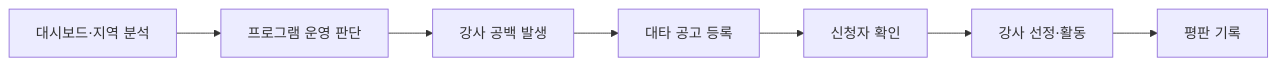
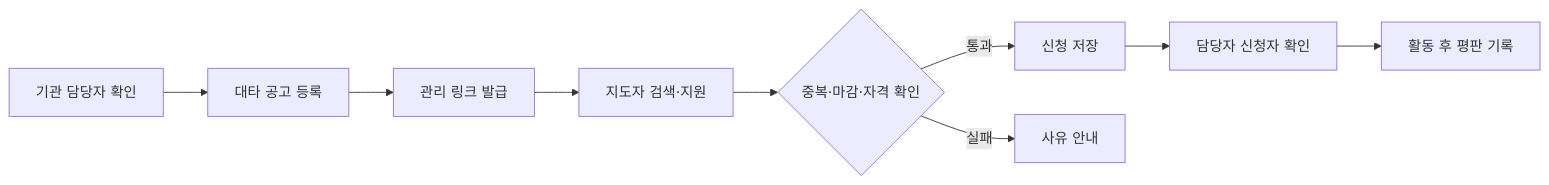
Before and after one commit to Leesannn/SportsCompass: the sixth of 7 diagrams in README.md, drawn with Mermaid. The commit also changed other lines of this file, not shown here.

```diff
--- a/README.md
+++ b/README.md
@@ -325,9 +529,11 @@
 ~~~mermaid
 flowchart LR
-    A[대시보드·지역 분석] --> B[프로그램 운영 판단]
-    B --> C[강사 공백 발생]
-    C --> D[대타 공고 등록]
-    D --> E[신청자 확인]
-    E --> F[강사 선정·활동]
-    F --> G[평판 기록]
+    A[기관 담당자 확인] --> B[대타 공고 등록]
+    B --> C[관리 링크 발급]
+    C --> D[지도자 검색·지원]
+    D --> E{중복·마감·자격 확인}
+    E -->|통과| F[신청 저장]
+    E -->|실패| G[사유 안내]
+    F --> H[담당자 신청자 확인]
+    H --> I[활동 후 평판 기록]
 ~~~
```
